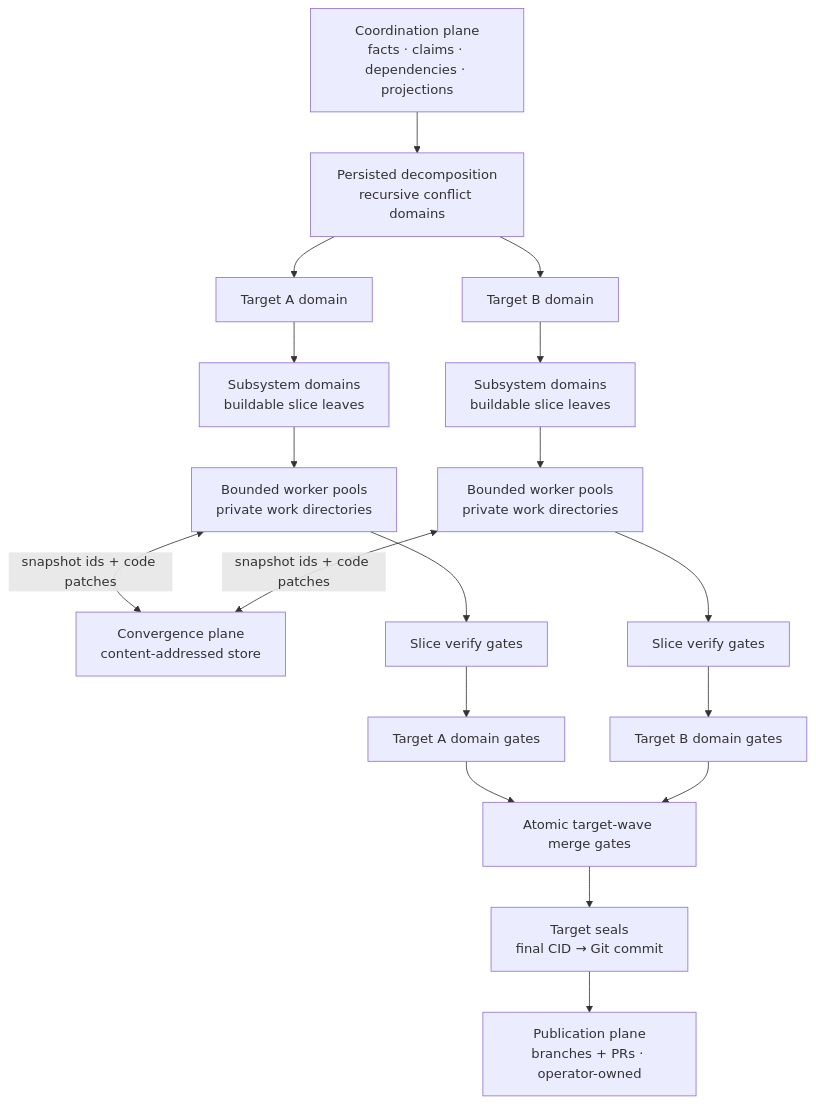
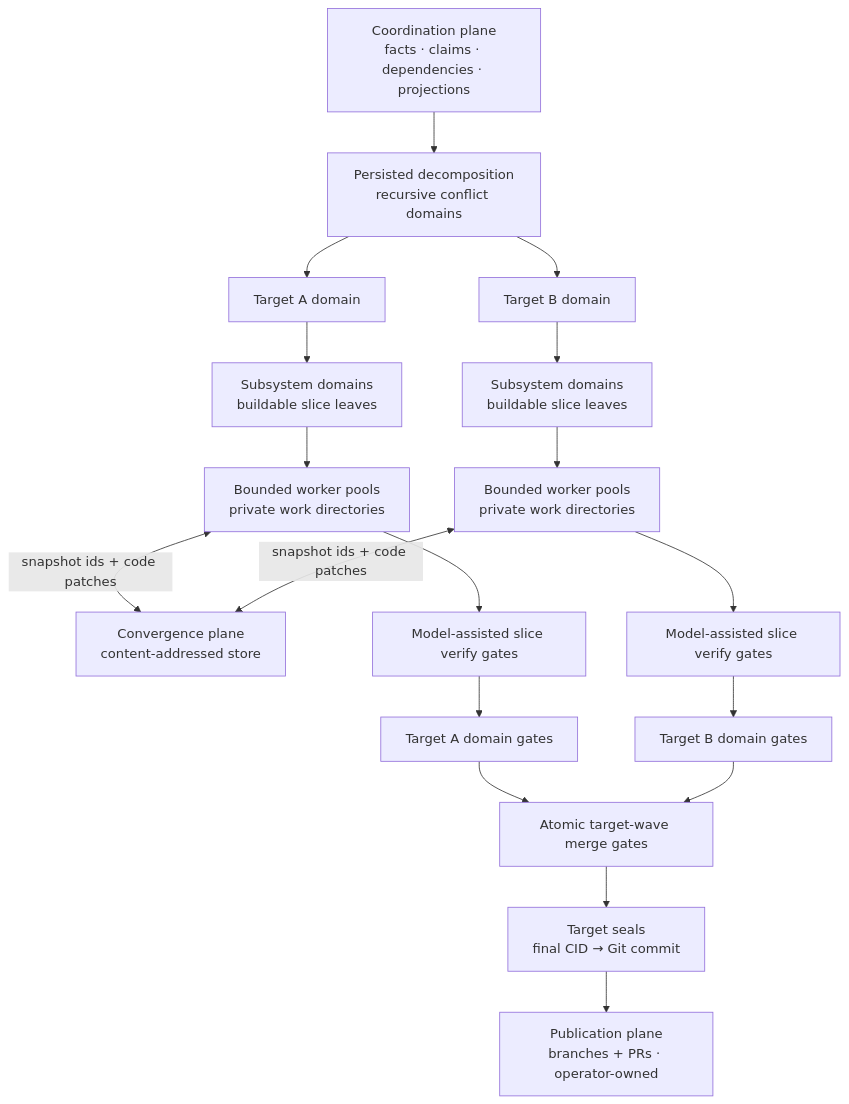
Before and after one commit to augentic/anvil: the diagram in rfcs/platform.md, drawn with Mermaid. The commit also changed other lines of this file and 11 other files, not shown here.

````diff
--- a/rfcs/platform.md
+++ b/rfcs/platform.md
@@ -84,25 +84,25 @@
 ```mermaid
 flowchart TB
     C["Coordination plane<br/>facts · claims · dependencies · projections"]
     C --> R["Persisted decomposition<br/>recursive conflict domains"]
     R --> PA["Target A domain"]
     R --> PB["Target B domain"]
 
     PA --> DA["Subsystem domains<br/>buildable slice leaves"]
     PB --> DB["Subsystem domains<br/>buildable slice leaves"]
     DA --> WA["Bounded worker pools<br/>private work directories"]
     DB --> WB["Bounded worker pools<br/>private work directories"]
 
     WA <-->|snapshot ids + code patches| V["Convergence plane<br/>content-addressed store"]
     WB <-->|snapshot ids + code patches| V
 
-    WA --> VA["Slice verify gates"]
-    WB --> VB["Slice verify gates"]
+    WA --> VA["Model-assisted slice verify gates"]
+    WB --> VB["Model-assisted slice verify gates"]
     VA --> TA["Target A domain gates"]
     VB --> TB["Target B domain gates"]
 
     TA --> M["Atomic target-wave merge gates"]
     TB --> M
     M --> S["Target seals<br/>final CID → Git commit"]
     S --> P["Publication plane<br/>branches + PRs · operator-owned"]
 ```
````
